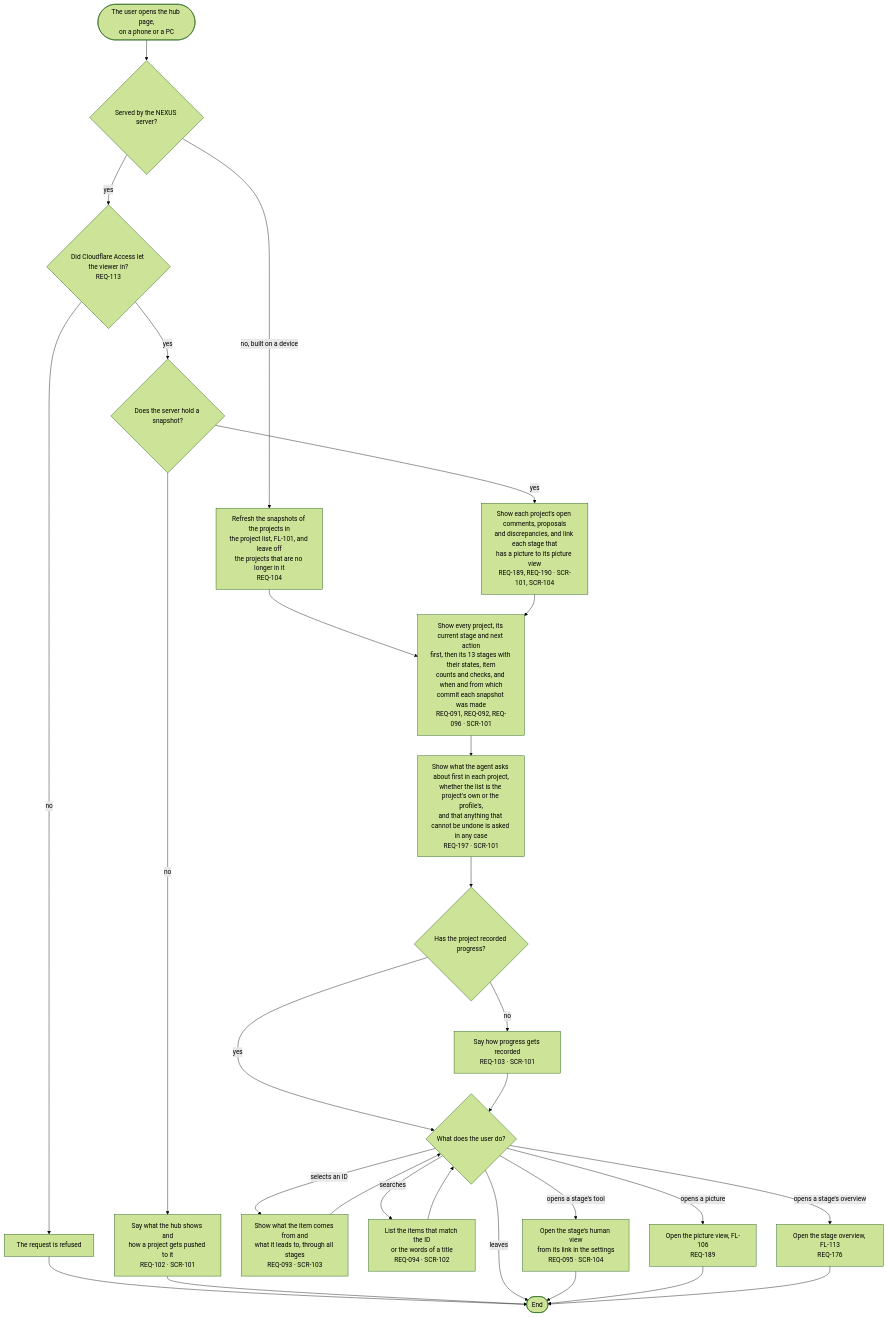
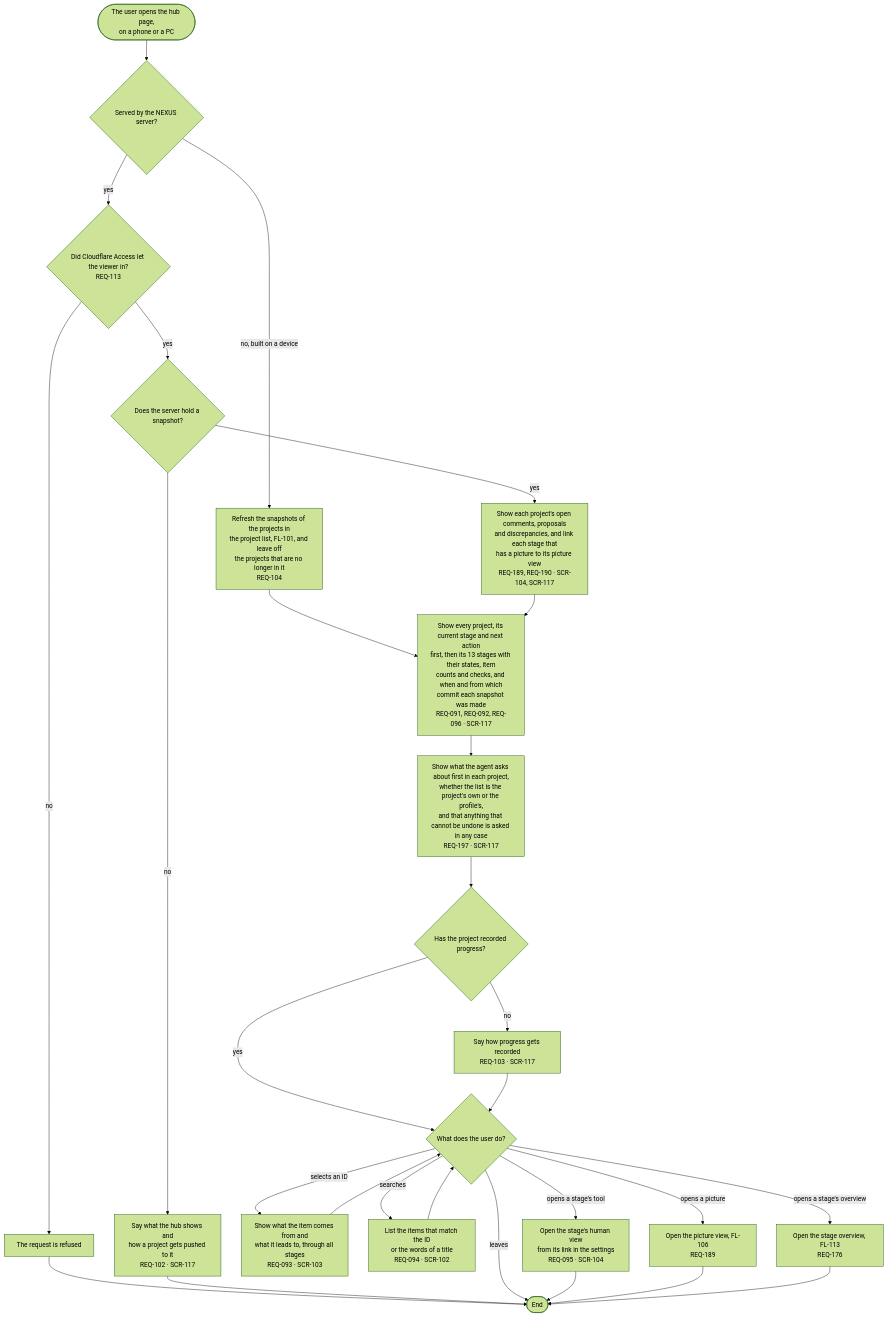
One commit to kodonghui/corthex-nexus changed the diagram in docs/03-user-flow/nexus/FL-105-see-the-hub-page.md. Above: the diagram before and after it, drawn with Mermaid (forest theme). The commit also changed other lines of this file and 22 other files, not shown here.

````diff
--- a/docs/03-user-flow/nexus/FL-105-see-the-hub-page.md
+++ b/docs/03-user-flow/nexus/FL-105-see-the-hub-page.md
@@ -9,30 +9,30 @@
 ```mermaid
 flowchart TD
   A(["The user opens the hub page,<br/>on a phone or a PC"]) --> B{"Served by the NEXUS server?"}
   B -->|no, built on a device| C["Refresh the snapshots of the projects in<br/>the project list, FL-101, and leave off<br/>the projects that are no longer in it<br/>REQ-104"]
   B -->|yes| D{"Did Cloudflare Access let the viewer in?<br/>REQ-113"}
   D -->|no| D1["The request is refused"]
   D1 --> Z(["End"])
   D -->|yes| E{"Does the server hold a snapshot?"}
-  E -->|no| E1["Say what the hub shows and<br/>how a project gets pushed to it<br/>REQ-102 · SCR-101"]
+  E -->|no| E1["Say what the hub shows and<br/>how a project gets pushed to it<br/>REQ-102 · SCR-117"]
   E1 --> Z
-  E -->|yes| F["Show each project's open comments, proposals<br/>and discrepancies, and link each stage that<br/>has a picture to its picture view<br/>REQ-189, REQ-190 · SCR-101, SCR-104"]
+  E -->|yes| F["Show each project's open comments, proposals<br/>and discrepancies, and link each stage that<br/>has a picture to its picture view<br/>REQ-189, REQ-190 · SCR-104, SCR-117"]
   C --> G
-  F --> G["Show every project, its current stage and next action<br/>first, then its 13 stages with their states, item<br/>counts and checks, and when and from which<br/>commit each snapshot was made<br/>REQ-091, REQ-092, REQ-096 · SCR-101"]
-  G --> G1["Show what the agent asks about first in each project,<br/>whether the list is the project's own or the profile's,<br/>and that anything that cannot be undone is asked in any case<br/>REQ-197 · SCR-101"]
+  F --> G["Show every project, its current stage and next action<br/>first, then its 13 stages with their states, item<br/>counts and checks, and when and from which<br/>commit each snapshot was made<br/>REQ-091, REQ-092, REQ-096 · SCR-117"]
+  G --> G1["Show what the agent asks about first in each project,<br/>whether the list is the project's own or the profile's,<br/>and that anything that cannot be undone is asked in any case<br/>REQ-197 · SCR-117"]
   G1 --> H{"Has the project recorded progress?"}
-  H -->|no| H1["Say how progress gets recorded<br/>REQ-103 · SCR-101"]
+  H -->|no| H1["Say how progress gets recorded<br/>REQ-103 · SCR-117"]
   H -->|yes| I
   H1 --> I{"What does the user do?"}
   I -->|selects an ID| J["Show what the item comes from and<br/>what it leads to, through all stages<br/>REQ-093 · SCR-103"]
   I -->|searches| K["List the items that match the ID<br/>or the words of a title<br/>REQ-094 · SCR-102"]
   I -->|opens a stage's tool| L["Open the stage's human view<br/>from its link in the settings<br/>REQ-095 · SCR-104"]
   I -->|opens a picture| M["Open the picture view, FL-106<br/>REQ-189"]
   I -->|opens a stage's overview| N["Open the stage overview, FL-113<br/>REQ-176"]
   I -->|leaves| Z
   J --> I
   K --> I
   L --> Z
   M --> Z
   N --> Z
 ```
````
